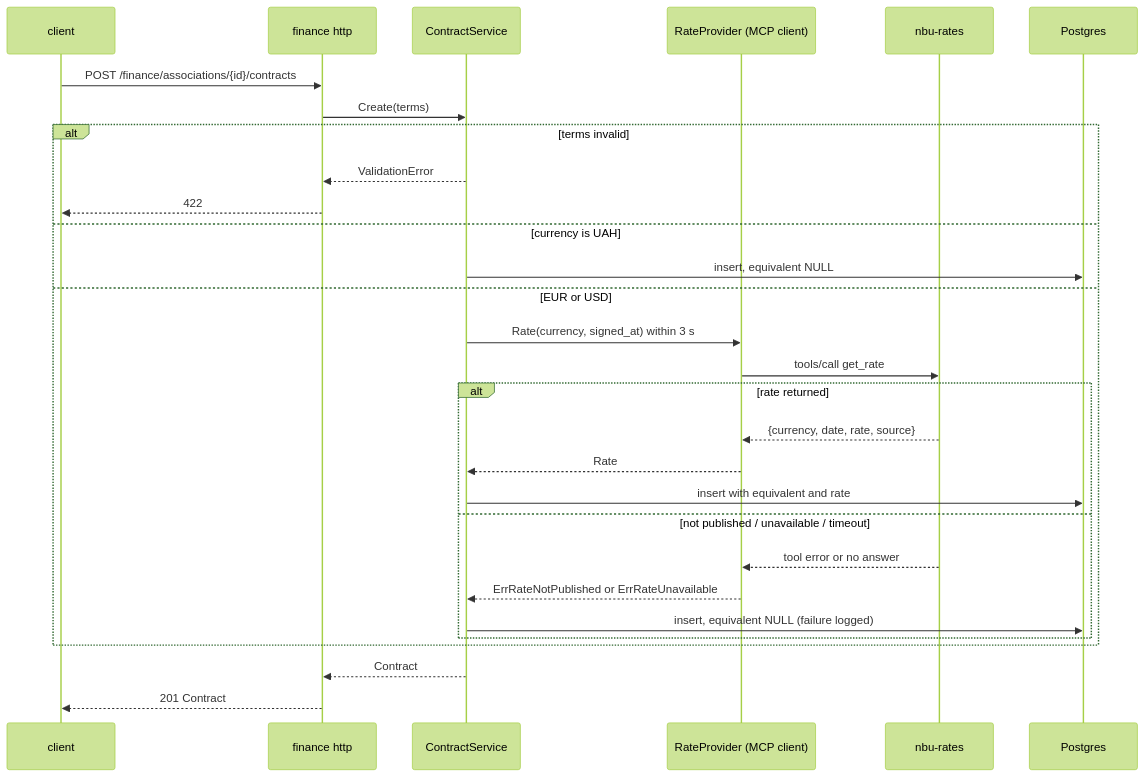
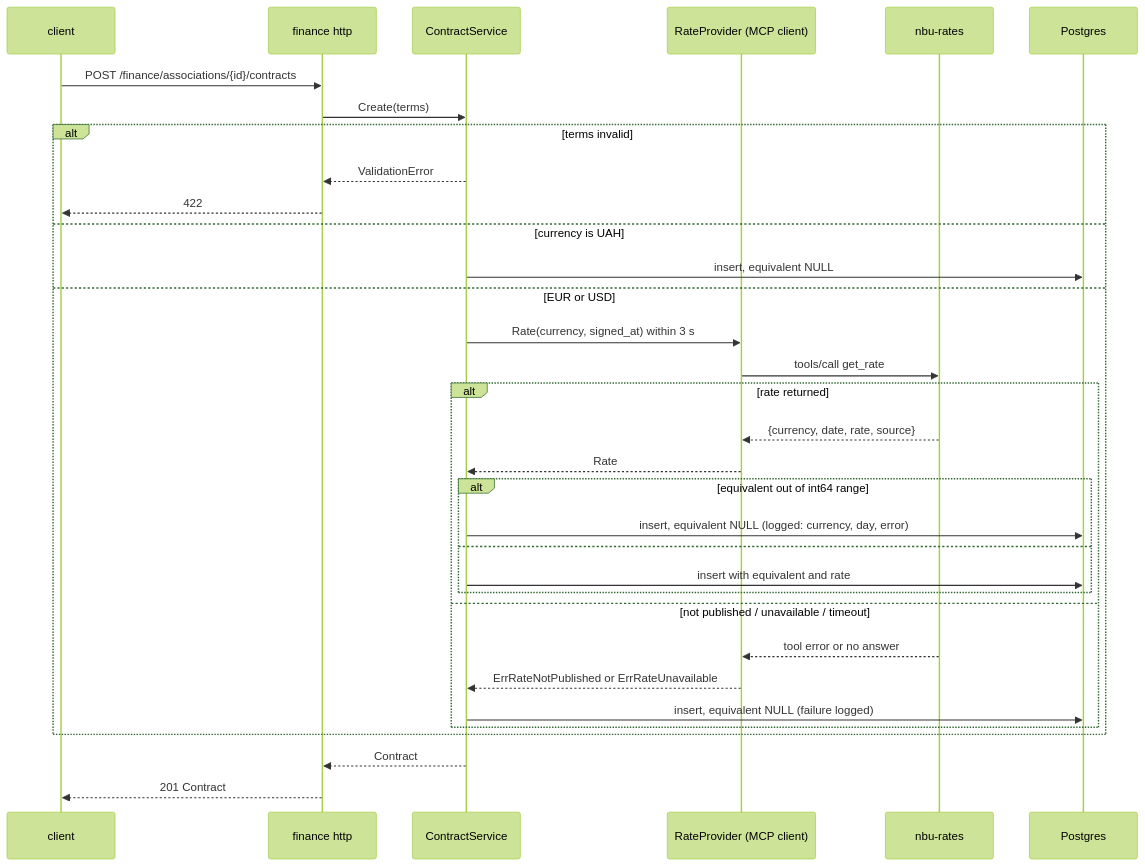
One commit to AndriiOpryshko/spilno changed the second of 3 diagrams in docs/features/contract-uah-equivalent/sad.md. Above: the diagram before and after it, drawn with Mermaid (forest theme). The commit also changed other lines of this file and 3 other files, not shown here.

First line of the commit message:
docs(finance): show the out-of-range branch of contract creation

````diff
--- a/docs/features/contract-uah-equivalent/sad.md
+++ b/docs/features/contract-uah-equivalent/sad.md
@@ -78,31 +78,35 @@
 ```mermaid
 sequenceDiagram
     participant C as client
     participant H as finance http
     participant A as ContractService
     participant R as RateProvider (MCP client)
     participant M as nbu-rates
     participant DB as Postgres
     C->>H: POST /finance/associations/{id}/contracts
     H->>A: Create(terms)
     alt terms invalid
         A-->>H: ValidationError
         H-->>C: 422
     else currency is UAH
         A->>DB: insert, equivalent NULL
     else EUR or USD
         A->>R: Rate(currency, signed_at) within 3 s
         R->>M: tools/call get_rate
         alt rate returned
             M-->>R: {currency, date, rate, source}
             R-->>A: Rate
-            A->>DB: insert with equivalent and rate
+            alt equivalent out of int64 range
+                A->>DB: insert, equivalent NULL (logged: currency, day, error)
+            else
+                A->>DB: insert with equivalent and rate
+            end
         else not published / unavailable / timeout
             M-->>R: tool error or no answer
             R-->>A: ErrRateNotPublished or ErrRateUnavailable
             A->>DB: insert, equivalent NULL (failure logged)
         end
     end
     A-->>H: Contract
     H-->>C: 201 Contract
 ```
````
